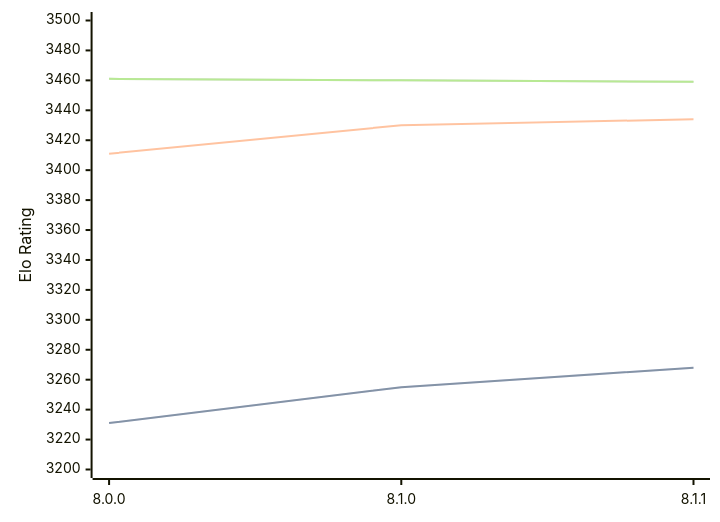
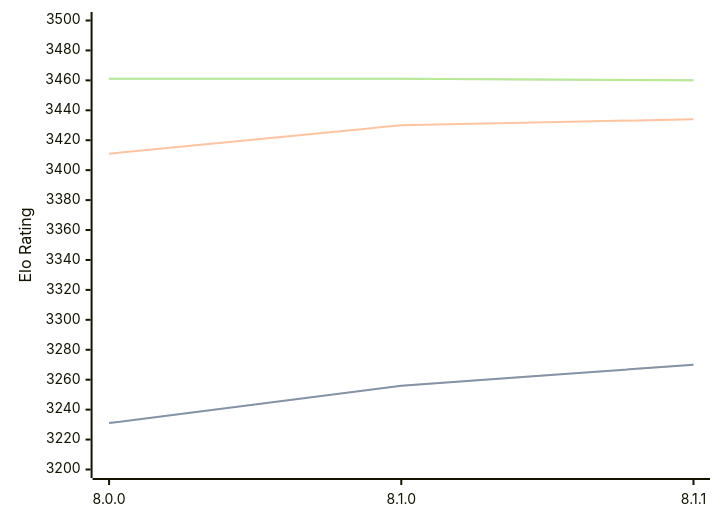
One commit to computer-chess-index/cci changed the diagram in engines/Velvet.md. Above: the diagram before and after it, drawn with Mermaid. The commit also changed other lines of this file, not shown here.

Commit message:
Update CCI Ratings (ELO VLTC) - 2026-07-29

````diff
--- a/engines/Velvet.md
+++ b/engines/Velvet.md
@@ -57,11 +57,11 @@
 ```mermaid
 %%{init: {"theme":"base","themeVariables":{"seriesColors:['#a3a3a3','#222221','#faa371']}}}%%
 xychart-beta
   x-axis ["8.0.0", "8.1.0", "8.1.1"]
   y-axis "Elo Rating" 3200 --> 3500
-  line "STC (8.0+0.08s)" [3231, 3255, 3268]
-  line "STC (8.0+0.08s)" [3231, 3255, 3268]
+  line "STC (8.0+0.08s)" [3231, 3256, 3270]
+  line "STC (8.0+0.08s)" [3231, 3256, 3270]
   line "LTC (60.0+0.60s)" [3411, 3430, 3434]
-  line "VLTC (2m24s+1.12s)" [3461, 3460, 3459]
-  line "VLTC (2m24s+1.12s)" [3461, 3460, 3459]
+  line "VLTC (2m24s+1.12s)" [3461, 3461, 3460]
+  line "VLTC (2m24s+1.12s)" [3461, 3461, 3460]
 ```
````
